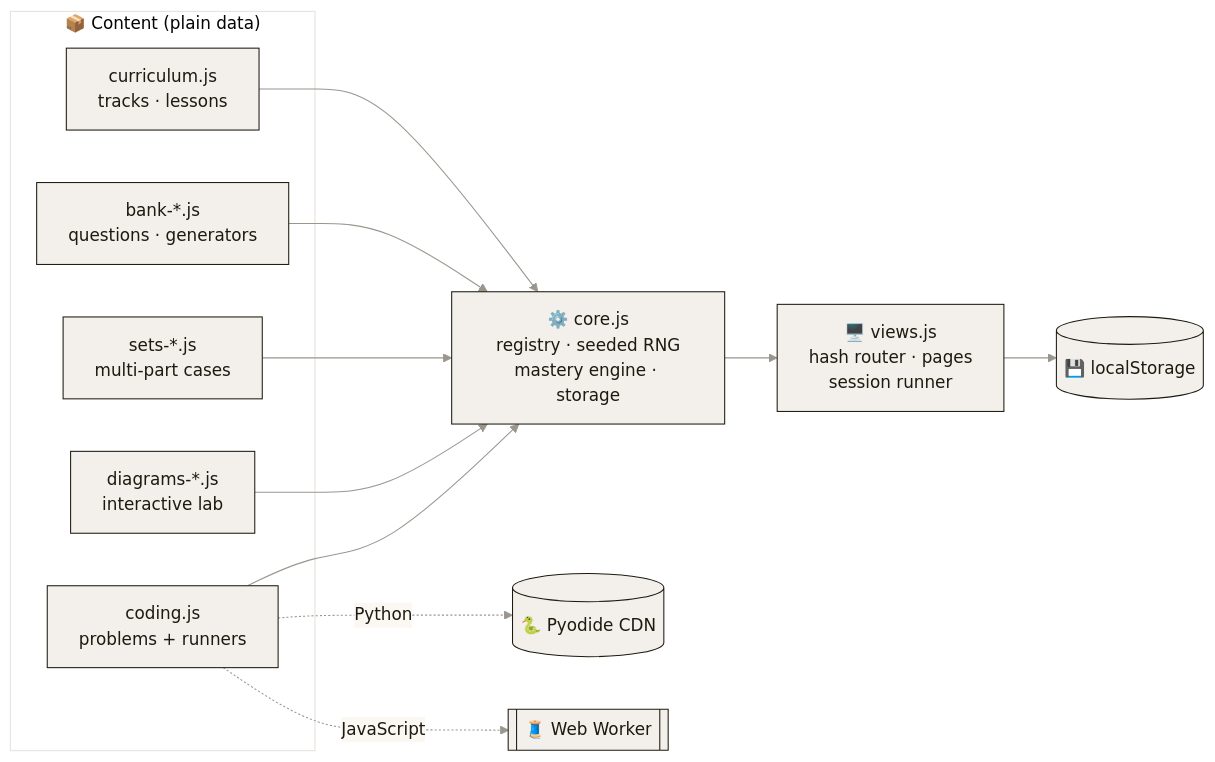
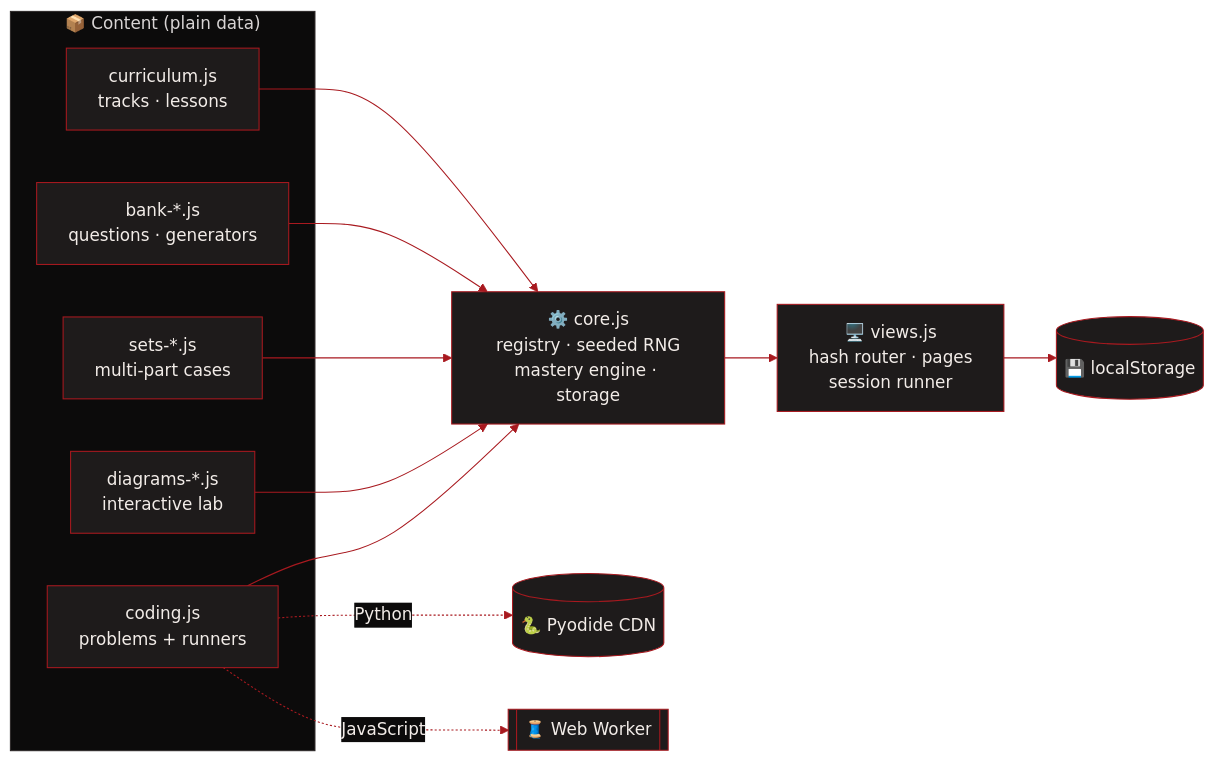
The second of 2 diagrams in README.md (FrankPonce/gradient-course), drawn with Mermaid before and after one commit. The commit also changed other lines of this file and 24 other files, not shown here.

````diff
--- a/README.md
+++ b/README.md
@@ -97,17 +114,17 @@
 ```mermaid
-%%{init: {'theme':'base','themeVariables':{'background':'#FBF8F4','primaryColor':'#F3EFEA','primaryTextColor':'#1D1B10','primaryBorderColor':'#1D1B10','lineColor':'#9A968E','textColor':'#1D1B10','clusterBkg':'#FFFFFF','clusterBorder':'#E6E1DC','edgeLabelBackground':'#FBF8F4','fontFamily':'Inter, Segoe UI, sans-serif'}}}%%
+%%{init: {'theme':'base','themeVariables':{'background':'#0c0b0b','primaryColor':'#1e1b1b','primaryTextColor':'#f2ece8','primaryBorderColor':'#a8191f','lineColor':'#a8191f','textColor':'#f2ece8','clusterBkg':'#0c0b0b','clusterBorder':'#2d2828','edgeLabelBackground':'#0c0b0b','fontFamily':'Segoe UI, Inter, sans-serif'}}}%%
 flowchart LR
     subgraph Content["📦 Content (plain data)"]
         CU[curriculum.js<br/>tracks · lessons]
         BK[bank-*.js<br/>questions · generators]
         ST[sets-*.js<br/>multi-part cases]
         DG[diagrams-*.js<br/>interactive lab]
         CD[coding.js<br/>problems + runners]
     end
     CO[⚙️ core.js<br/>registry · seeded RNG<br/>mastery engine · storage] 
     CU & BK & ST & DG & CD --> CO
     CO --> VW[🖥️ views.js<br/>hash router · pages<br/>session runner]
     VW --> LS[(💾 localStorage)]
     CD -.->|Python| PY[(🐍 Pyodide CDN)]
     CD -.->|JavaScript| WK[[🧵 Web Worker]]
 ```
````
